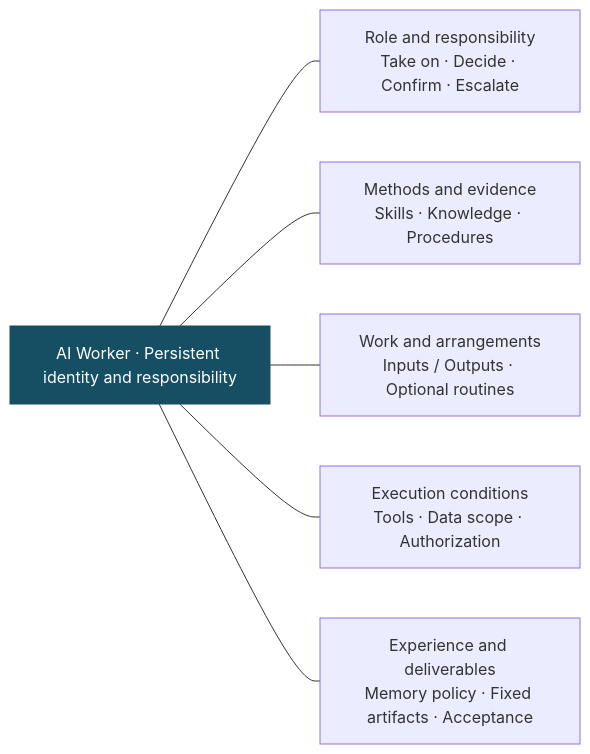
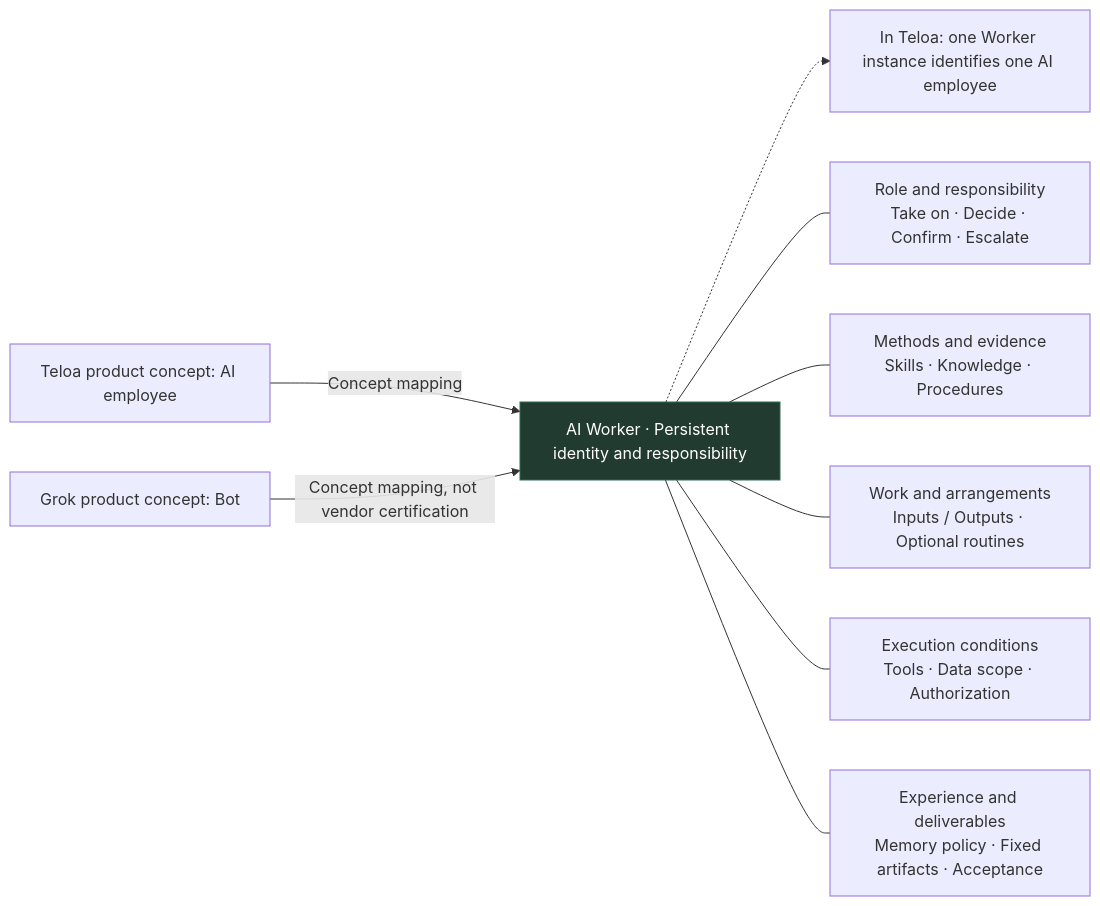
One commit to teloa-ai/ai-worker-standard changed the diagram in diagrams/en/worker.mmd. Above: the diagram before and after it, drawn with Mermaid. The commit also changed 29 other files, not shown here.

Commit message:
docs: connect AI employee product concepts to AI Worker diagrams

```diff
--- a/diagrams/en/worker.mmd
+++ b/diagrams/en/worker.mmd
@@ -1,9 +1,12 @@
 flowchart LR
+    T["Teloa product concept: AI employee"] -->|Concept mapping| W
+    G["Grok product concept: Bot"] -->|Concept mapping, not vendor certification| W
     W["AI Worker · Persistent identity and responsibility"]
+    W -.-> I["In Teloa: one Worker instance identifies one AI employee"]
     W --- A["Role and responsibility<br/>Take on · Decide · Confirm · Escalate"]
     W --- B["Methods and evidence<br/>Skills · Knowledge · Procedures"]
     W --- C["Work and arrangements<br/>Inputs / Outputs · Optional routines"]
     W --- D["Execution conditions<br/>Tools · Data scope · Authorization"]
     W --- E["Experience and deliverables<br/>Memory policy · Fixed artifacts · Acceptance"]
-    classDef main fill:#164e63,color:#fff,stroke:#164e63
+    classDef main fill:#223b30,color:#fff,stroke:#2f6b52
     class W main
```
